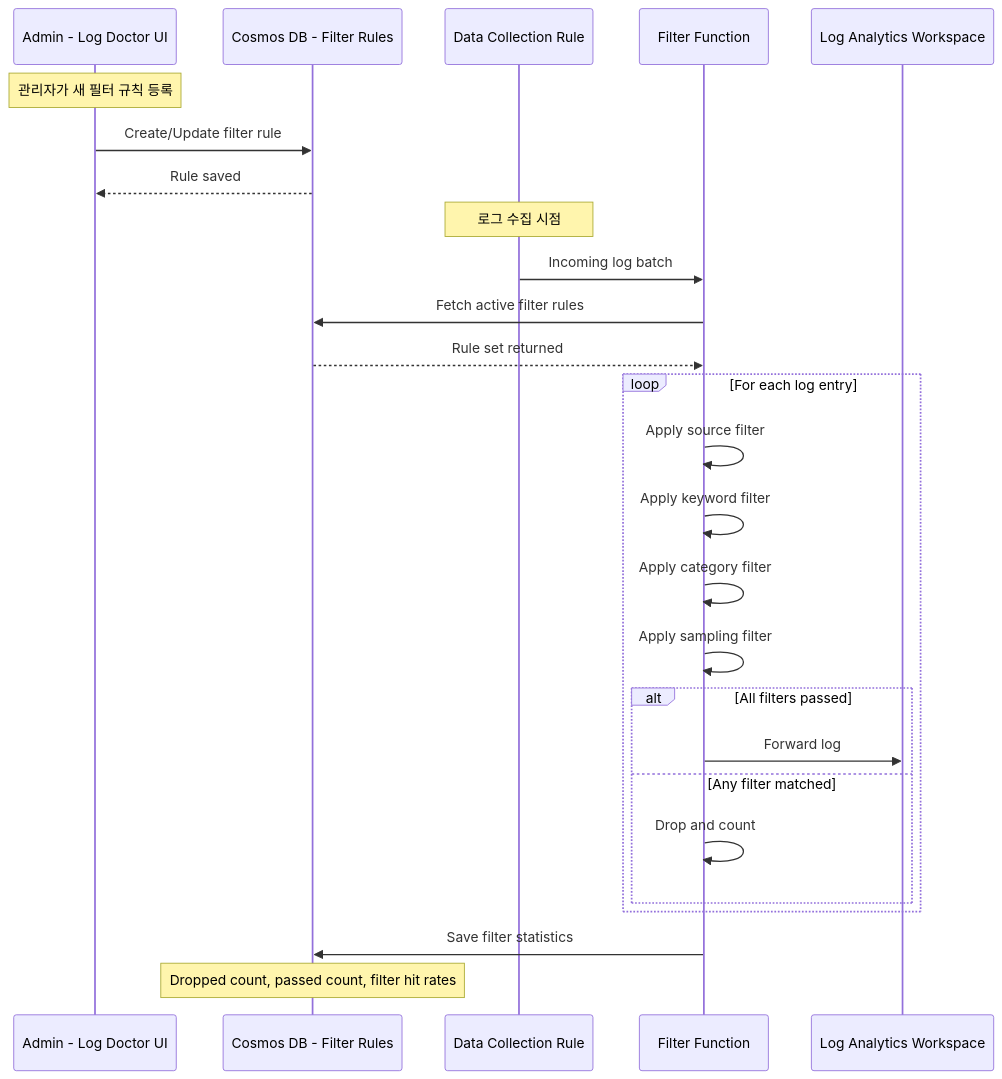
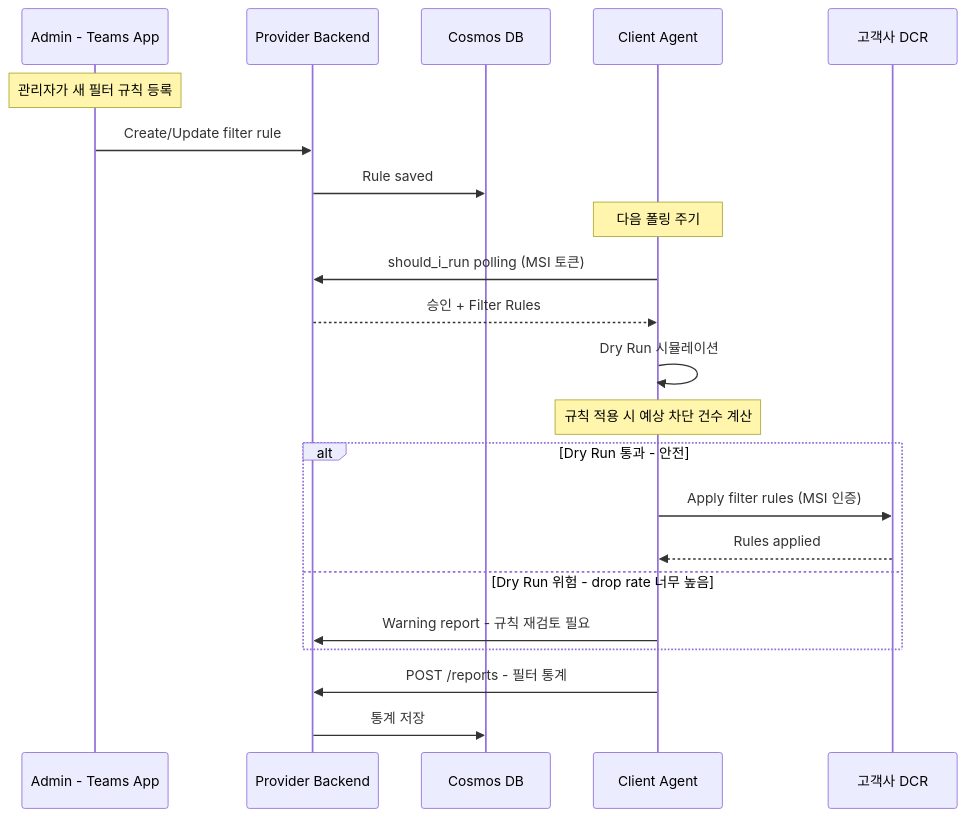
One commit to chjcmy/study changed diagram 18 of 21 in azure/projects/log-doctor-plan.md. Above: the diagram before and after it, drawn with Mermaid. The commit also changed other lines of this file, not shown here.

````diff
--- a/azure/projects/log-doctor-plan.md
+++ b/azure/projects/log-doctor-plan.md
@@ -761,33 +698,29 @@
 ```mermaid
 sequenceDiagram
-    participant Admin as Admin - Log Doctor UI
-    participant DB as Cosmos DB - Filter Rules
-    participant DCR as Data Collection Rule
-    participant FilterFn as Filter Function
-    participant LAW as Log Analytics Workspace
+    participant Admin as Admin - Teams App
+    participant PB as Provider Backend
+    participant DB as Cosmos DB
+    participant Agent as Client Agent
+    participant DCR as 고객사 DCR
 
     Note over Admin: 관리자가 새 필터 규칙 등록
-    Admin->>DB: Create/Update filter rule
-    DB-->>Admin: Rule saved
+    Admin->>PB: Create/Update filter rule
+    PB->>DB: Rule saved
 
-    Note over DCR: 로그 수집 시점
-    DCR->>FilterFn: Incoming log batch
-    FilterFn->>DB: Fetch active filter rules
-    DB-->>FilterFn: Rule set returned
+    Note over Agent: 다음 폴링 주기
+    Agent->>PB: should_i_run polling (MSI 토큰)
+    PB-->>Agent: 승인 + Filter Rules
 
-    loop For each log entry
-        FilterFn->>FilterFn: Apply source filter
-        FilterFn->>FilterFn: Apply keyword filter
-        FilterFn->>FilterFn: Apply category filter
-        FilterFn->>FilterFn: Apply sampling filter
+    Agent->>Agent: Dry Run 시뮬레이션
+    Note over Agent: 규칙 적용 시 예상 차단 건수 계산
 
-        alt All filters passed
-            FilterFn->>LAW: Forward log
-        else Any filter matched
-            FilterFn->>FilterFn: Drop and count
-        end
+    alt Dry Run 통과 - 안전
+        Agent->>DCR: Apply filter rules (MSI 인증)
+        DCR-->>Agent: Rules applied
+    else Dry Run 위험 - drop rate 너무 높음
+        Agent->>PB: Warning report - 규칙 재검토 필요
     end
 
-    FilterFn->>DB: Save filter statistics
-    Note over DB: Dropped count, passed count, filter hit rates
+    Agent->>PB: POST /reports - 필터 통계
+    PB->>DB: 통계 저장
 ```
````
